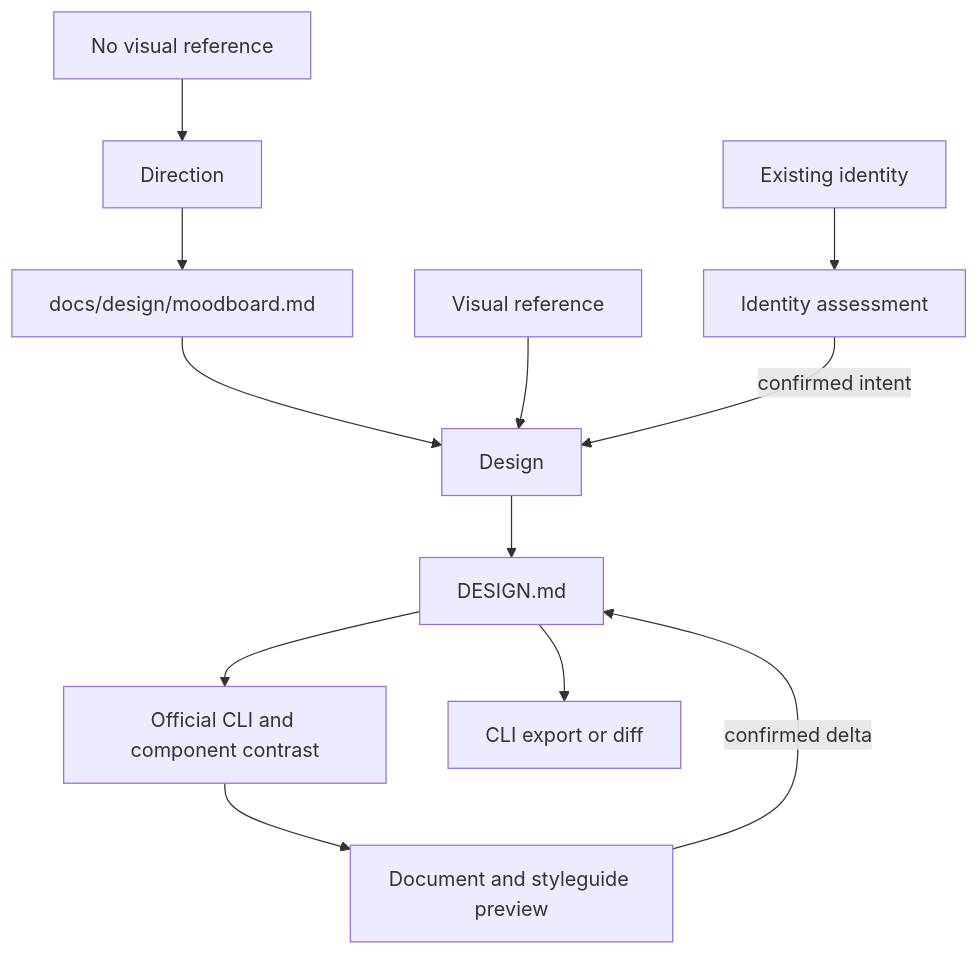
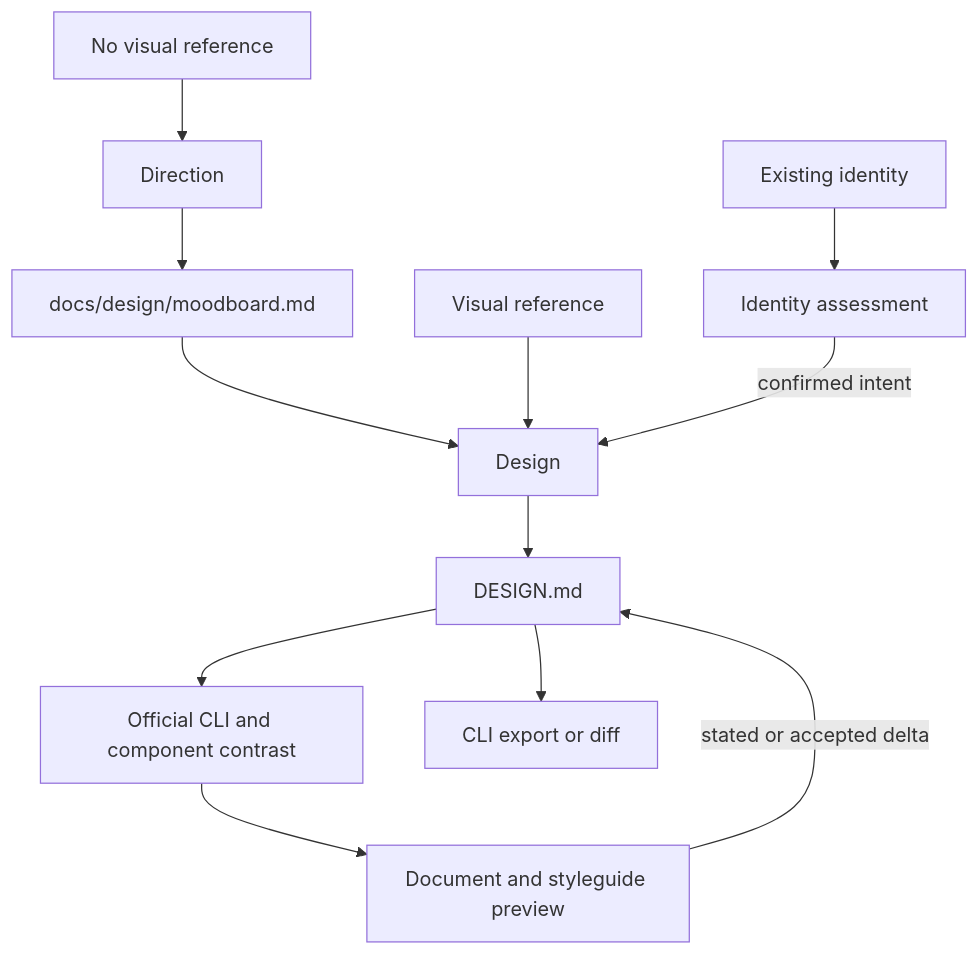
One commit to adeonir/agent-skills changed the diagram in skills/product/style-builder/README.md. Above: the diagram before and after it, drawn with Mermaid. The commit also changed other lines of this file and 32 other files, not shown here.

````diff
--- a/skills/product/style-builder/README.md
+++ b/skills/product/style-builder/README.md
@@ -13,14 +13,14 @@
 ```mermaid
 flowchart TD
     A[No visual reference] --> D[Direction]
     D --> M[docs/design/moodboard.md]
     M --> W[Design]
     B[Visual reference] --> W
     C[Existing identity] --> I[Identity assessment]
     I -->|confirmed intent| W
     W --> R[DESIGN.md]
     R --> V[Official CLI and component contrast]
     V --> P[Document and styleguide preview]
-    P -->|confirmed delta| R
+    P -->|stated or accepted delta| R
     R --> E[CLI export or diff]
 ```
````
